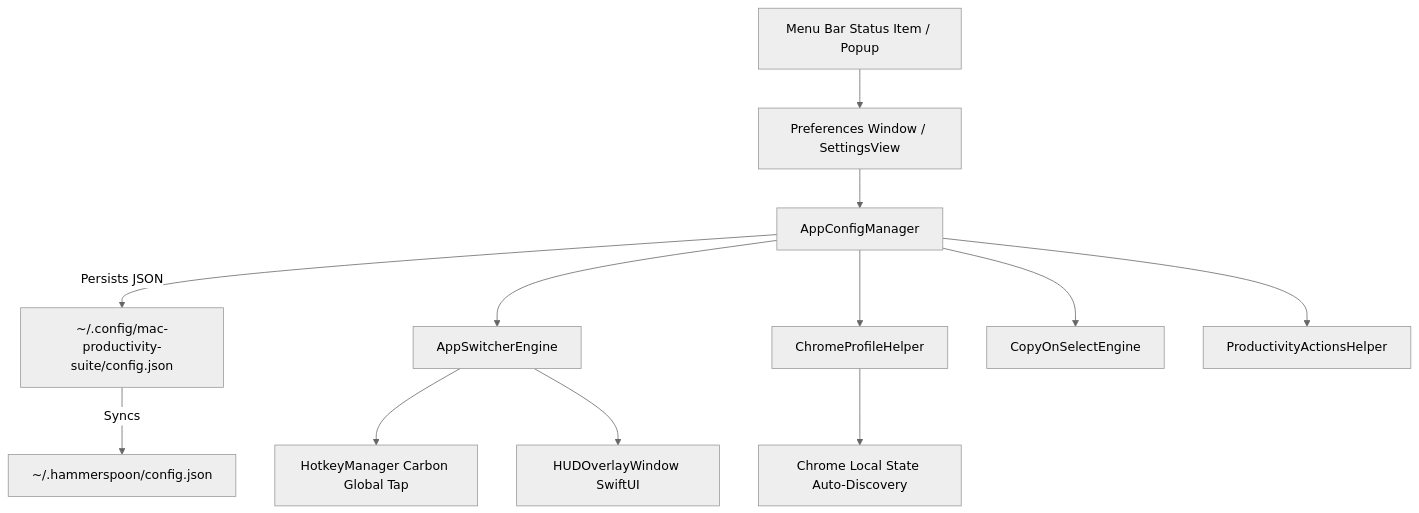
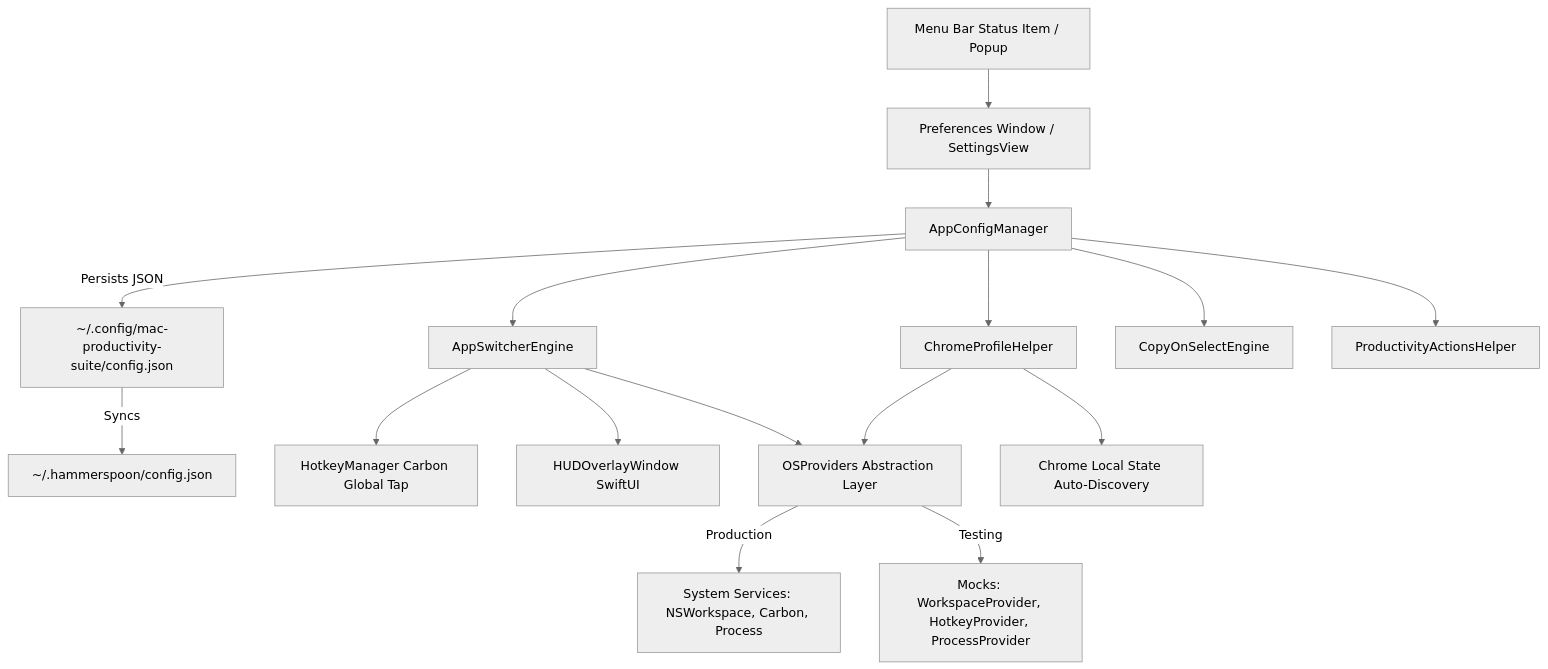
Before and after one commit to unacau/mac-productivity-suite: the diagram in design.md, drawn with Mermaid (neutral theme). The commit also changed other lines of this file and 24 other files, not shown here.

````diff
--- a/design.md
+++ b/design.md
@@ -38,14 +38,18 @@
 ```mermaid
 graph TD
     A[Menu Bar Status Item / Popup] --> B[Preferences Window / SettingsView]
     B --> C[AppConfigManager]
     C -->|Persists JSON| D["~/.config/mac-productivity-suite/config.json"]
     D -->|Syncs| E["~/.hammerspoon/config.json"]
     C --> F[AppSwitcherEngine]
     C --> G[ChromeProfileHelper]
     C --> H[CopyOnSelectEngine]
     C --> I[ProductivityActionsHelper]
     F --> J[HotkeyManager Carbon Global Tap]
     F --> K[HUDOverlayWindow SwiftUI]
+    F --> O[OSProviders Abstraction Layer]
+    G --> O
     G --> L["Chrome Local State Auto-Discovery"]
+    O -->|Production| M[System Services: NSWorkspace, Carbon, Process]
+    O -->|Testing| N[Mocks: WorkspaceProvider, HotkeyProvider, ProcessProvider]
 ```
````
